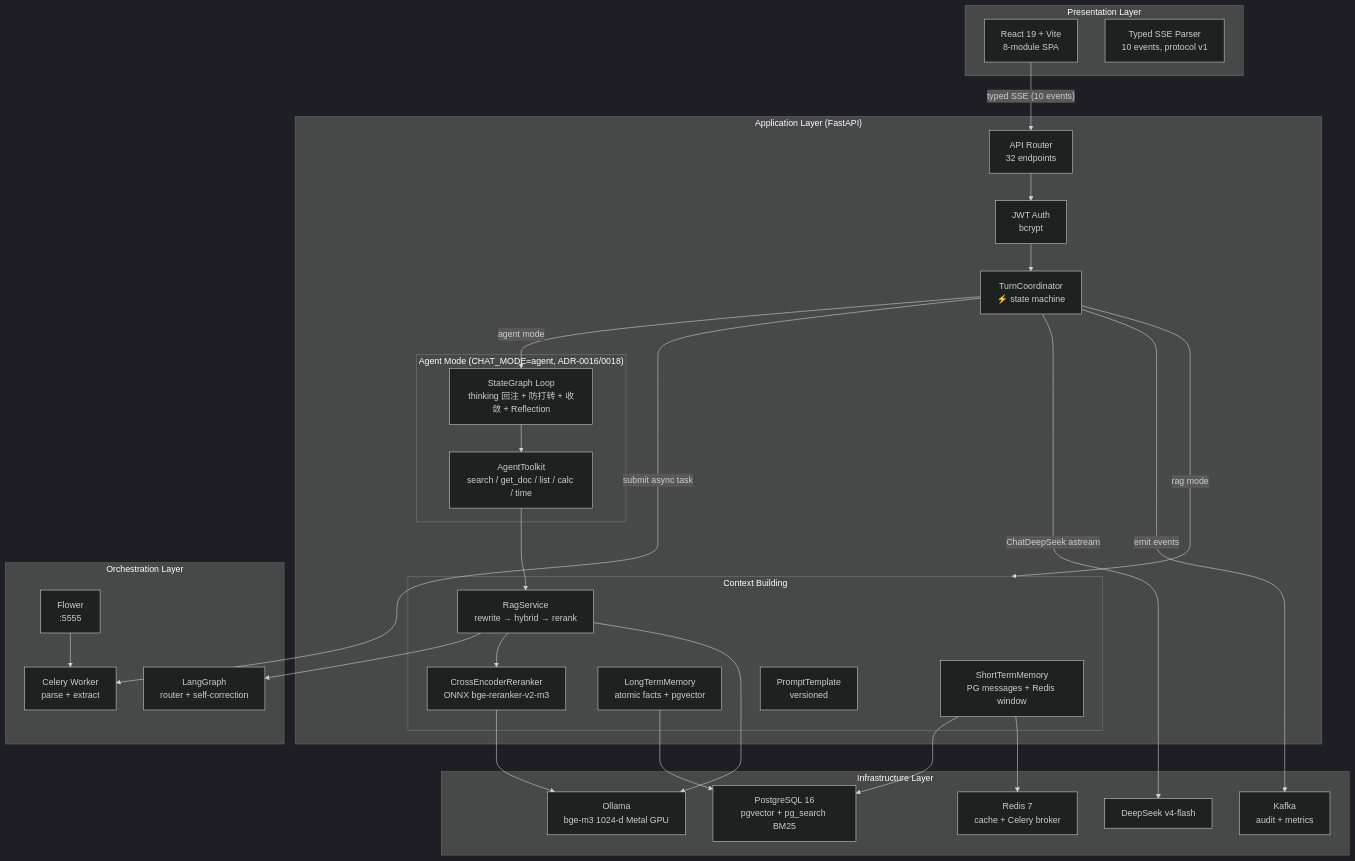
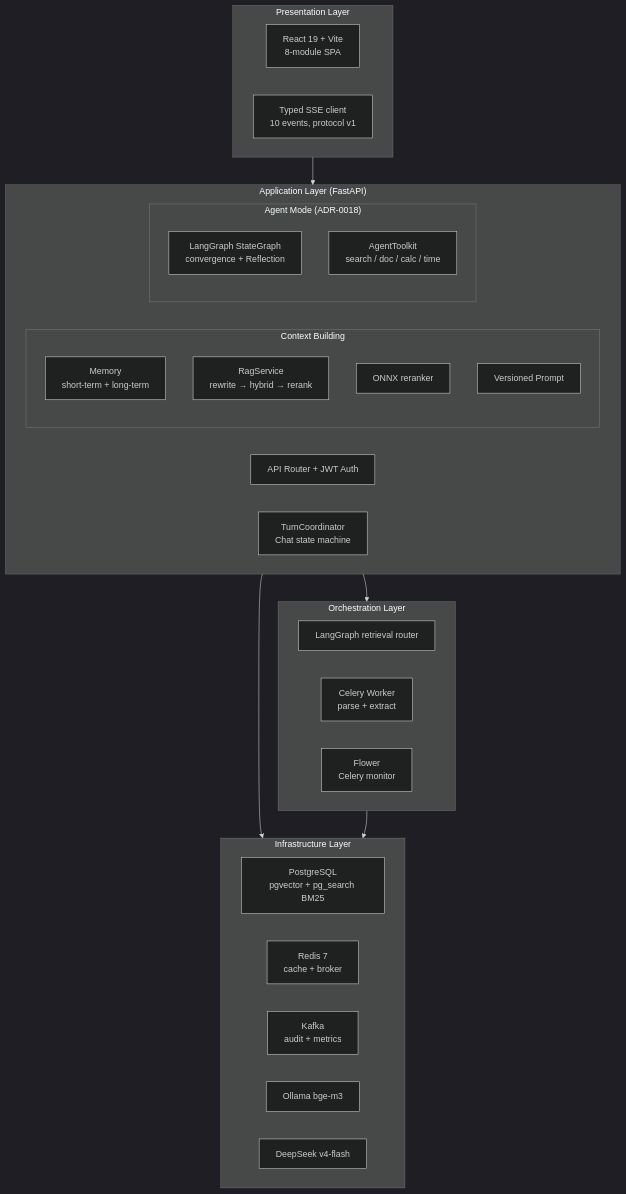
The first of 5 diagrams in README.md (KevinDeng-0411/CodeAware), drawn with Mermaid (dark theme) before and after one commit. The commit also changed 4 other files, not shown here.

First line of the commit message:
docs: 精简系统分层架构图（保留 Flower）+ 本地启动 flower 监控

````diff
--- a/README.md
+++ b/README.md
@@ -140,59 +140,41 @@
 ```mermaid
 graph TB
     subgraph Presentation["Presentation Layer"]
         React["React 19 + Vite<br/>8-module SPA"]
-        SSE["Typed SSE Parser<br/>10 events, protocol v1"]
+        SSE["Typed SSE client<br/>10 events, protocol v1"]
     end
 
     subgraph Application["Application Layer (FastAPI)"]
-        Router["API Router<br/>32 endpoints"]
-        Auth["JWT Auth<br/>bcrypt"]
-        TC["TurnCoordinator<br/>⚡ state machine"]
-
+        Router["API Router + JWT Auth"]
+        TC["TurnCoordinator<br/>Chat state machine"]
         subgraph Context["Context Building"]
-            STM["ShortTermMemory<br/>PG messages + Redis window"]
-            LTM["LongTermMemory<br/>atomic facts + pgvector"]
+            Mem["Memory<br/>short-term + long-term"]
             RAG["RagService<br/>rewrite → hybrid → rerank"]
-            RR["CrossEncoderReranker<br/>ONNX bge-reranker-v2-m3"]
-            PT["PromptTemplate<br/>versioned"]
+            RR["ONNX reranker"]
+            PT["Versioned Prompt"]
         end
-
-        subgraph Agent["Agent Mode (CHAT_MODE=agent, ADR-0016/0018)"]
-            RL["StateGraph Loop<br/>thinking 回注 + 防打转 + 收敛 + Reflection"]
-            AT["AgentToolkit<br/>search / get_doc / list / calc / time"]
+        subgraph Agent["Agent Mode (ADR-0018)"]
+            Loop["LangGraph StateGraph<br/>convergence + Reflection"]
+            Tools["AgentToolkit<br/>search / doc / calc / time"]
         end
     end
 
     subgraph Orchestration["Orchestration Layer"]
-        LG["LangGraph<br/>router + self-correction"]
+        LG["LangGraph retrieval router"]
         Celery["Celery Worker<br/>parse + extract"]
-        Flower["Flower<br/>:5555"]
+        Flower["Flower<br/>Celery monitor"]
     end
 
     subgraph Infrastructure["Infrastructure Layer"]
-        PG["PostgreSQL 16<br/>pgvector + pg_search BM25"]
-        Redis["Redis 7<br/>cache + Celery broker"]
+        PG["PostgreSQL<br/>pgvector + pg_search BM25"]
+        Redis["Redis 7<br/>cache + broker"]
         Kafka["Kafka<br/>audit + metrics"]
-        Ollama["Ollama<br/>bge-m3 1024-d Metal GPU"]
+        Ollama["Ollama bge-m3"]
         DS["DeepSeek v4-flash"]
     end
 
-    React -->|"typed SSE (10 events)"| Router
-    Router --> Auth
-    Auth --> TC
-    TC -->|"rag mode"| Context
-    TC -->|"agent mode"| RL
-    RL --> AT
-    AT --> RAG
-    RAG --> LG
-    RAG --> RR
-    TC -->|"submit async task"| Celery
-    Flower --> Celery
-    STM --> PG
-    STM --> Redis
-    LTM --> PG
-    RR --> Ollama
-    RAG --> Ollama
-    TC -->|"ChatDeepSeek astream"| DS
-    TC -->|"emit events"| Kafka
+    Presentation --> Application
+    Application --> Orchestration
+    Application --> Infrastructure
+    Orchestration --> Infrastructure
 ```
````
